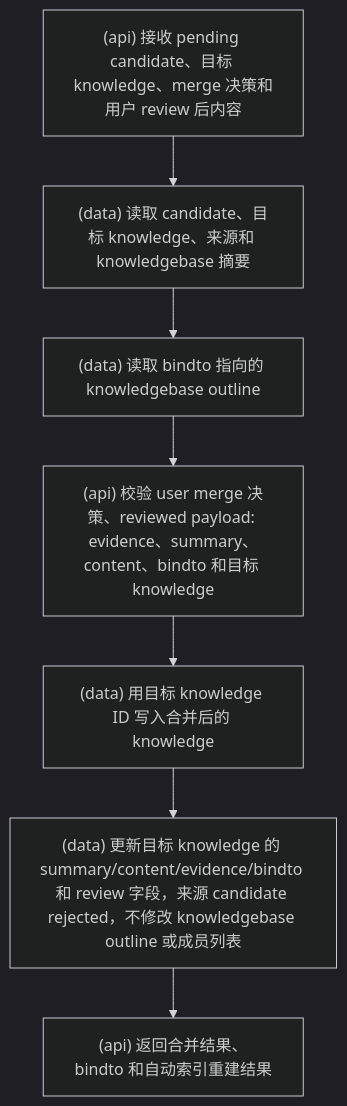
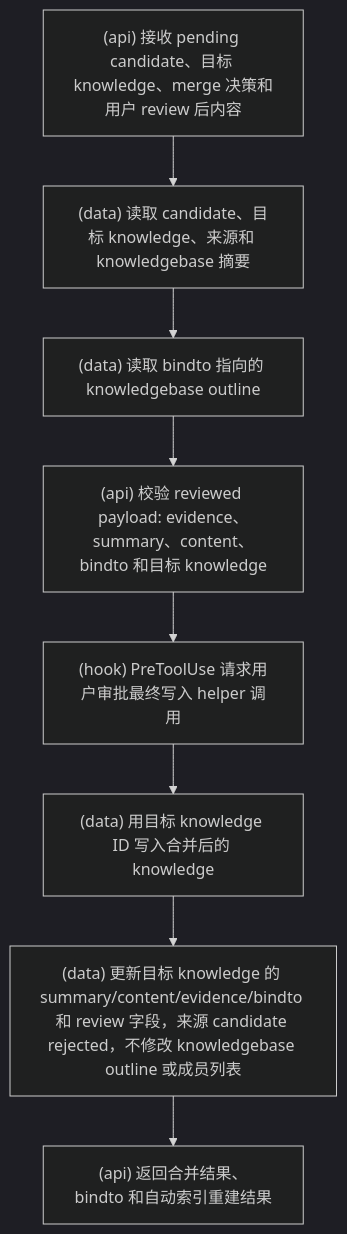
One commit to srangerme/KBManager changed the ninth of 21 diagrams in docs/流程图.md. Above: the diagram before and after it, drawn with Mermaid (dark theme). The commit also changed other lines of this file and 48 other files, not shown here.

````diff
--- a/docs/流程图.md
+++ b/docs/流程图.md
@@ -139,9 +140,10 @@
 ```mermaid
 flowchart TD
   A["(api) 接收 pending candidate、目标 knowledge、merge 决策和用户 review 后内容"] --> B["(data) 读取 candidate、目标 knowledge、来源和 knowledgebase 摘要"]
   B --> C["(data) 读取 bindto 指向的 knowledgebase outline"]
-  C --> D["(api) 校验 user merge 决策、reviewed payload: evidence、summary、content、bindto 和目标 knowledge"]
-  D --> H["(data) 用目标 knowledge ID 写入合并后的 knowledge"]
+  C --> D["(api) 校验 reviewed payload: evidence、summary、content、bindto 和目标 knowledge"]
+  D --> G["(hook) PreToolUse 请求用户审批最终写入 helper 调用"]
+  G --> H["(data) 用目标 knowledge ID 写入合并后的 knowledge"]
   H --> I["(data) 更新目标 knowledge 的 summary/content/evidence/bindto 和 review 字段，来源 candidate rejected，不修改 knowledgebase outline 或成员列表"]
   I --> J["(api) 返回合并结果、bindto 和自动索引重建结果"]
 ```
````
